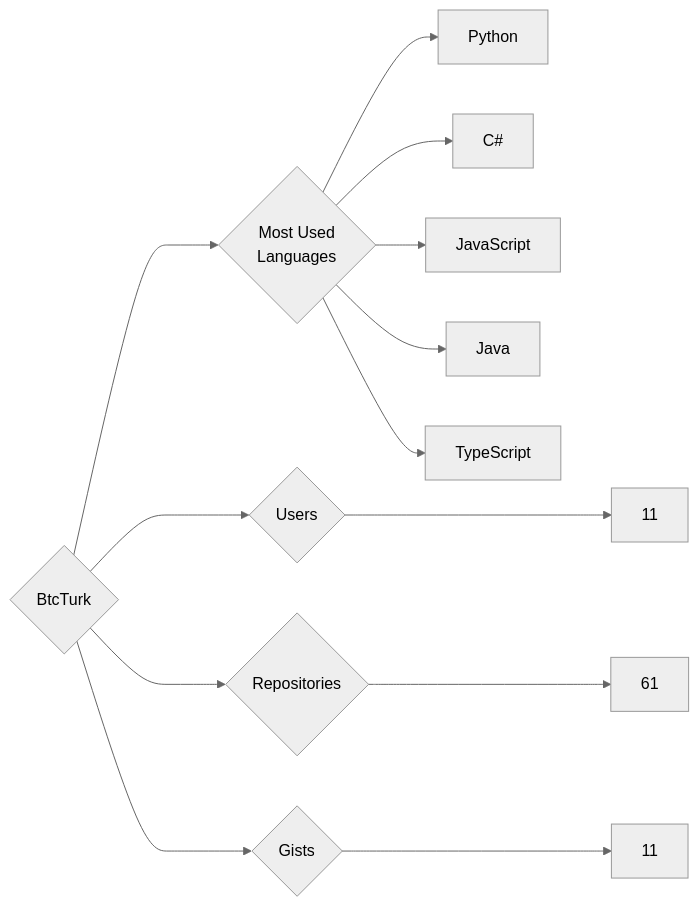
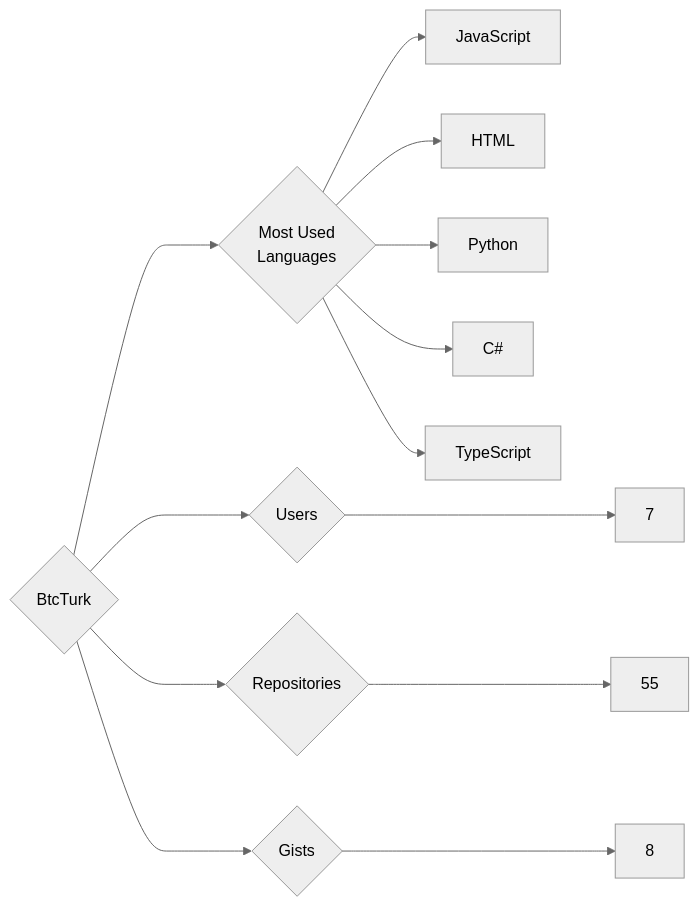
The diagram in targets/BtcTurk/README.md (trickest/insiders), drawn with Mermaid (neutral theme) before and after one commit. The commit also changed 1238 other files, not shown here.

````diff
--- a/targets/BtcTurk/README.md
+++ b/targets/BtcTurk/README.md
@@ -3,13 +3,13 @@
 ```mermaid
 graph LR
 COMPANY_NAME{BtcTurk}
-COMPANY_NAME ---> U{Users} ---> UN[11]
-COMPANY_NAME ---> R{Repositories} ---> RN[61]
-COMPANY_NAME ---> G{Gists} ---> GN[11]
+COMPANY_NAME ---> U{Users} ---> UN[7]
+COMPANY_NAME ---> R{Repositories} ---> RN[55]
+COMPANY_NAME ---> G{Gists} ---> GN[8]
 COMPANY_NAME ---> ML{Most Used<br>Languages}
+ML --> JavaScript[JavaScript]
+ML --> HTML[HTML]
 ML --> Python[Python]
 ML --> C#[C#]
-ML --> JavaScript[JavaScript]
-ML --> Java[Java]
 ML --> TypeScript[TypeScript]
 ```
````
